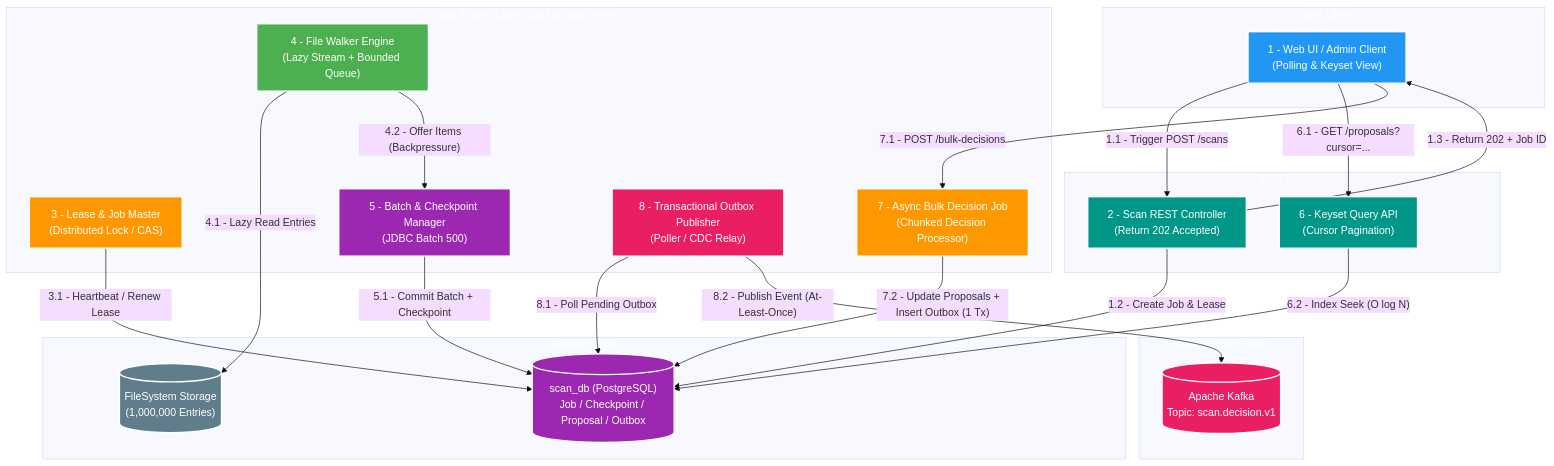
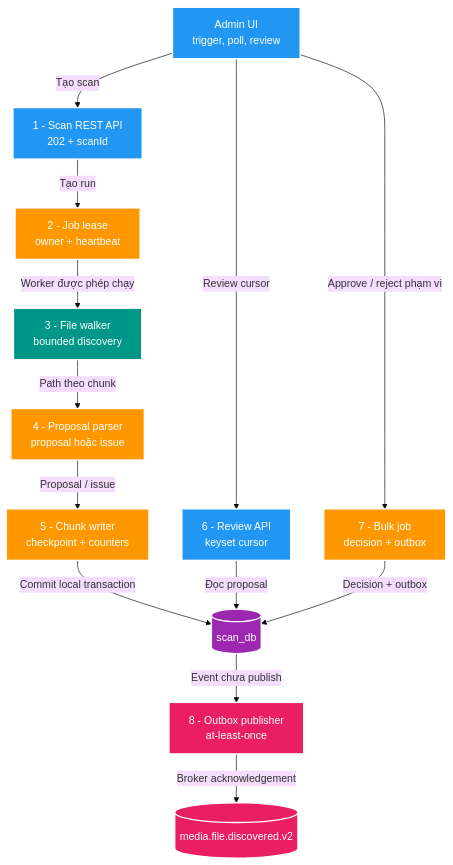
The first of 6 diagrams in manual/learning/use-cases/scale-capacity/sc-01-scan-one-million-filesystem-entry/02-architecture-touchpoints-and-flows.md (HungPhan200591/file-mngt-be-v2), drawn with Mermaid (base theme) before and after one commit. The commit also changed other lines of this file and 1 other file, not shown here.

````diff
--- a/manual/learning/use-cases/scale-capacity/sc-01-scan-one-million-filesystem-entry/02-architecture-touchpoints-and-flows.md
+++ b/manual/learning/use-cases/scale-capacity/sc-01-scan-one-million-filesystem-entry/02-architecture-touchpoints-and-flows.md
@@ -42,58 +11,39 @@
 ```mermaid
 flowchart TD
-    subgraph CLIENT["<font color='white'>Client Layer</font>"]
-        FE["<font color='white'>1 - Web UI / Admin Client<br/>(Polling & Keyset View)</font>"]
-    end
+    FE["<font color='white'>Admin UI<br/>trigger, poll, review</font>"]
+    API["<font color='white'>1 - Scan REST API<br/>202 + scanId</font>"]
+    LEASE["<font color='white'>2 - Job lease<br/>owner + heartbeat</font>"]
+    WALK["<font color='white'>3 - File walker<br/>bounded discovery</font>"]
+    PARSER["<font color='white'>4 - Proposal parser<br/>proposal hoặc issue</font>"]
+    BATCH["<font color='white'>5 - Chunk writer<br/>checkpoint + counters</font>"]
+    DB[("<font color='white'>scan_db</font>")]
+    QUERY["<font color='white'>6 - Review API<br/>keyset cursor</font>"]
+    BULK["<font color='white'>7 - Bulk job<br/>decision + outbox</font>"]
+    PUB["<font color='white'>8 - Outbox publisher<br/>at-least-once</font>"]
+    KAFKA[("<font color='white'>media.file.discovered.v2</font>")]
 
-    subgraph API_GATEWAY["<font color='white'>API Layer</font>"]
-        CTRL["<font color='white'>2 - Scan REST Controller<br/>(Return 202 Accepted)</font>"]
-        QUERY["<font color='white'>6 - Keyset Query API<br/>(Cursor Pagination)</font>"]
-    end
-
-    subgraph ENGINE["<font color='white'>Scan Engine Layer (Background Worker)</font>"]
-        LEASE["<font color='white'>3 - Lease & Job Master<br/>(Distributed Lock / CAS)</font>"]
-        WALK["<font color='white'>4 - File Walker Engine<br/>(Lazy Stream + Bounded Queue)</font>"]
-        BATCH["<font color='white'>5 - Batch & Checkpoint Manager<br/>(JDBC Batch 500)</font>"]
-        BULK["<font color='white'>7 - Async Bulk Decision Job<br/>(Chunked Decision Processor)</font>"]
-        OUTBOX_PUB["<font color='white'>8 - Transactional Outbox Publisher<br/>(Poller / CDC Relay)</font>"]
-    end
-
-    subgraph STORAGE["<font color='white'>Storage Layer</font>"]
-        DISK[("<font color='white'>FileSystem Storage<br/>(1,000,000 Entries)</font>")]
-        DB[("<font color='white'>scan_db (PostgreSQL)<br/>Job / Checkpoint / Proposal / Outbox</font>")]
-    end
-
-    subgraph BROKER["<font color='white'>Event Broker Layer</font>"]
-        KAFKA[("<font color='white'>Apache Kafka<br/>Topic: scan.decision.v1</font>")]
-    end
-
-    FE -->|"1.1 - Trigger POST /scans"| CTRL
-    CTRL -->|"1.2 - Create Job & Lease"| DB
-    CTRL -->|"1.3 - Return 202 + Job ID"| FE
-
-    LEASE -->|"3.1 - Heartbeat / Renew Lease"| DB
-    WALK -->|"4.1 - Lazy Read Entries"| DISK
-    WALK -->|"4.2 - Offer Items (Backpressure)"| BATCH
-    BATCH -->|"5.1 - Commit Batch + Checkpoint"| DB
-
-    FE -->|"6.1 - GET /proposals?cursor=..."| QUERY
-    QUERY -->|"6.2 - Index Seek (O log N)"| DB
-
-    FE -->|"7.1 - POST /bulk-decisions"| BULK
-    BULK -->|"7.2 - Update Proposals + Insert Outbox (1 Tx)"| DB
-
-    OUTBOX_PUB -->|"8.1 - Poll Pending Outbox"| DB
-    OUTBOX_PUB -->|"8.2 - Publish Event (At-Least-Once)"| KAFKA
+    FE -->|"Tạo scan"| API
+    API -->|"Tạo run"| LEASE
+    LEASE -->|"Worker được phép chạy"| WALK
+    WALK -->|"Path theo chunk"| PARSER
+    PARSER -->|"Proposal / issue"| BATCH
+    BATCH -->|"Commit local transaction"| DB
+    FE -->|"Review cursor"| QUERY
+    QUERY -->|"Đọc proposal"| DB
+    FE -->|"Approve / reject phạm vi"| BULK
+    BULK -->|"Decision + outbox"| DB
+    DB -->|"Event chưa publish"| PUB
+    PUB -->|"Broker acknowledgement"| KAFKA
 
     style FE fill:#2196F3,stroke:#fff,stroke-width:2px
-    style CTRL fill:#009688,stroke:#fff,stroke-width:2px
-    style QUERY fill:#009688,stroke:#fff,stroke-width:2px
+    style API fill:#2196F3,stroke:#fff,stroke-width:2px
     style LEASE fill:#FF9800,stroke:#fff,stroke-width:2px
-    style WALK fill:#4CAF50,stroke:#fff,stroke-width:2px
-    style BATCH fill:#9C27B0,stroke:#fff,stroke-width:2px
+    style WALK fill:#009688,stroke:#fff,stroke-width:2px
+    style PARSER fill:#FF9800,stroke:#fff,stroke-width:2px
+    style BATCH fill:#FF9800,stroke:#fff,stroke-width:2px
+    style DB fill:#9C27B0,stroke:#fff,stroke-width:2px
+    style QUERY fill:#2196F3,stroke:#fff,stroke-width:2px
     style BULK fill:#FF9800,stroke:#fff,stroke-width:2px
-    style OUTBOX_PUB fill:#E91E63,stroke:#fff,stroke-width:2px
-    style DISK fill:#607D8B,stroke:#fff,stroke-width:2px
-    style DB fill:#9C27B0,stroke:#fff,stroke-width:2px
+    style PUB fill:#E91E63,stroke:#fff,stroke-width:2px
     style KAFKA fill:#E91E63,stroke:#fff,stroke-width:2px
 ```
````
